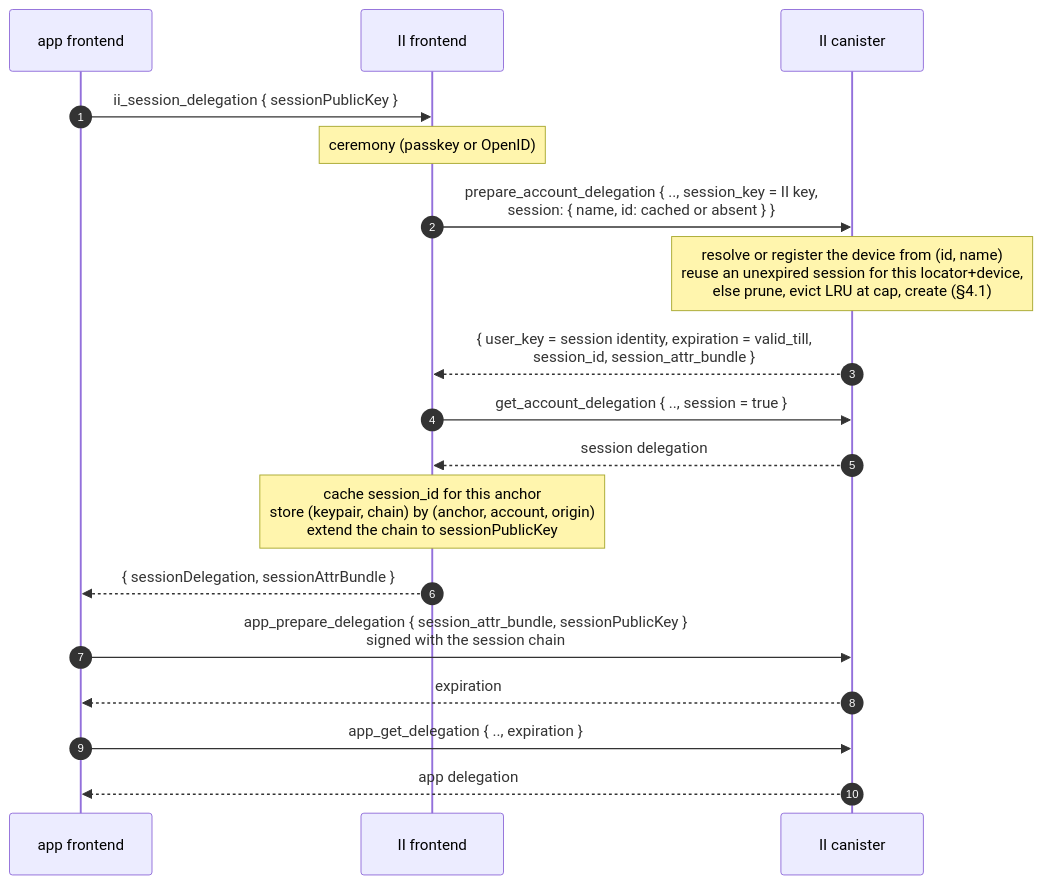
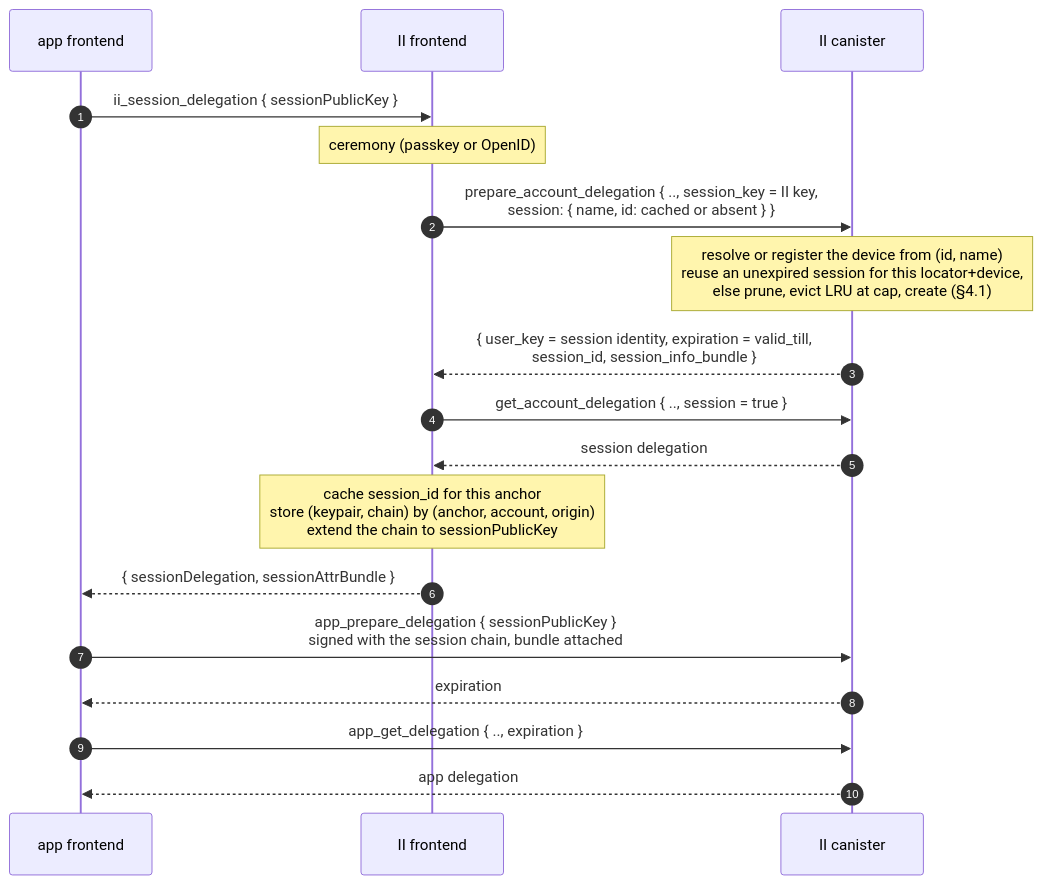
Before and after one commit to dfinity/internet-identity: the third of 7 diagrams in docs/ongoing/revocable-app-sessions.md, drawn with Mermaid. The commit also changed other lines of this file, not shown here.

First line of the commit message:
docs: the locator rides as caller info, not as an argument

````diff
--- a/docs/ongoing/revocable-app-sessions.md
+++ b/docs/ongoing/revocable-app-sessions.md
@@ -277,20 +280,20 @@
 ```mermaid
 sequenceDiagram
     autonumber
     participant App as app frontend
     participant IIF as II frontend
     participant IIC as II canister
     App->>IIF: ii_session_delegation { sessionPublicKey }
     Note over IIF: ceremony (passkey or OpenID)
     IIF->>IIC: prepare_account_delegation { .., session_key = II key,<br/>session: { name, id: cached or absent } }
     Note over IIC: resolve or register the device from (id, name)<br/>reuse an unexpired session for this locator+device,<br/>else prune, evict LRU at cap, create (§4.1)
-    IIC-->>IIF: { user_key = session identity, expiration = valid_till,<br/>session_id, session_attr_bundle }
+    IIC-->>IIF: { user_key = session identity, expiration = valid_till,<br/>session_id, session_info_bundle }
     IIF->>IIC: get_account_delegation { .., session = true }
     IIC-->>IIF: session delegation
     Note over IIF: cache session_id for this anchor<br/>store (keypair, chain) by (anchor, account, origin)<br/>extend the chain to sessionPublicKey
     IIF-->>App: { sessionDelegation, sessionAttrBundle }
-    App->>IIC: app_prepare_delegation { session_attr_bundle, sessionPublicKey }<br/>signed with the session chain
+    App->>IIC: app_prepare_delegation { sessionPublicKey }<br/>signed with the session chain, bundle attached
     IIC-->>App: expiration
     App->>IIC: app_get_delegation { .., expiration }
     IIC-->>App: app delegation
 ```
````
